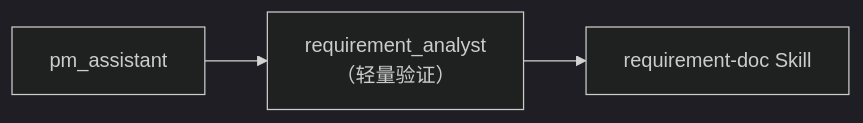
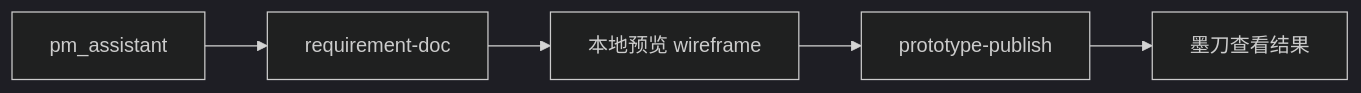
The second of 2 diagrams in Hands-on/hands-on-guide.md (nickhou1983/PM-Project), drawn with Mermaid (dark theme) before and after one commit. The commit also changed other lines of this file and 41 other files, not shown here.

````diff
--- a/Hands-on/hands-on-guide.md
+++ b/Hands-on/hands-on-guide.md
@@ -169,5 +142,7 @@
 ```mermaid
 flowchart LR
-    A["pm_assistant"] --> B["requirement_analyst<br/>（轻量验证）"]
-    B --> C["requirement-doc Skill"]
+    A["pm_assistant"] --> B["requirement-doc"]
+    B --> C["本地预览 wireframe"]
+    C --> D["prototype-publish"]
+    D --> E["墨刀查看结果"]
 ```
````
